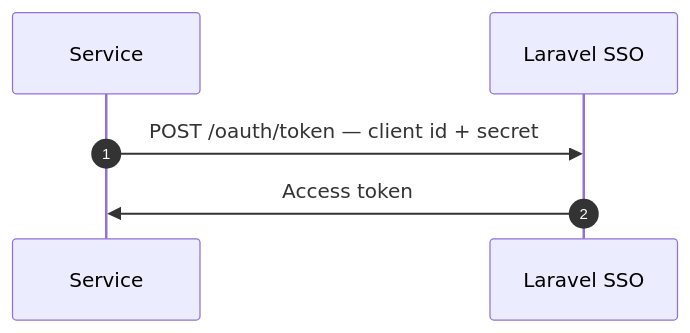
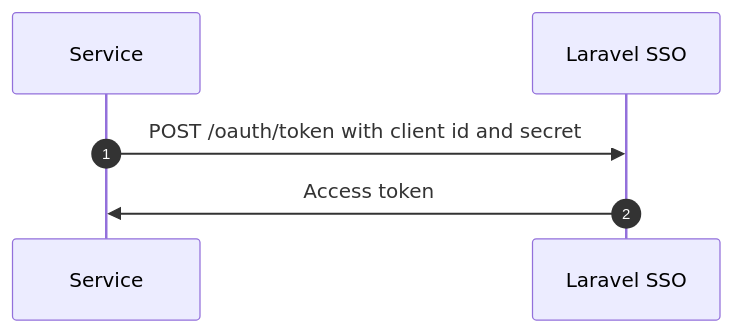
One commit to lauroguedes/laravel-sso changed the third of 3 diagrams in docs/development/architecture.md. Above: the diagram before and after it, drawn with Mermaid. The commit also changed other lines of this file and 24 other files, not shown here.

````diff
--- a/docs/development/architecture.md
+++ b/docs/development/architecture.md
@@ -62,8 +62,8 @@
 ```mermaid
 sequenceDiagram
     autonumber
     participant A as Service
     participant S as Laravel SSO
-    A->>S: POST /oauth/token — client id + secret
+    A->>S: POST /oauth/token with client id and secret
     S->>A: Access token
 ```
````
